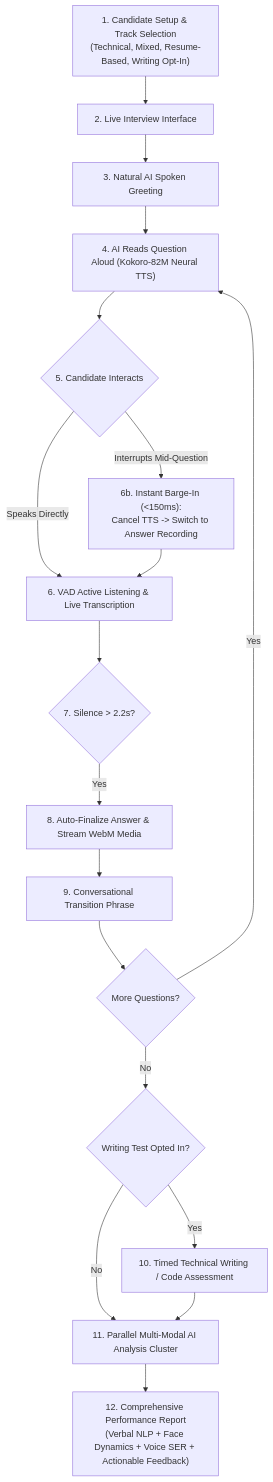
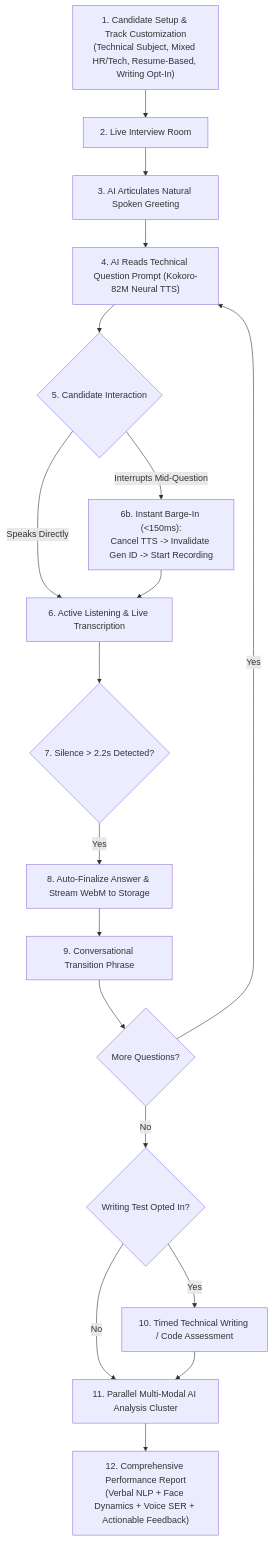
One commit to Noob-code7/InterviewApp changed the first of 2 diagrams in README.md. Above: the diagram before and after it, drawn with Mermaid. The commit also changed other lines of this file and 8 other files, not shown here.

Commit message:
docs: enrich architecture documentation with deep engineering blueprints, mathematical formulations, and sequence diagrams

````diff
--- a/README.md
+++ b/README.md
@@ -42,27 +48,27 @@
 ```mermaid
 flowchart TD
-    Setup["1. Candidate Setup & Track Selection\n(Technical, Mixed, Resume-Based, Writing Opt-In)"] --> Live["2. Live Interview Interface"]
-    Live --> Greeting["3. Natural AI Spoken Greeting"]
+    Setup["1. Candidate Setup & Track Customization\n(Technical Subject, Mixed HR/Tech, Resume-Based, Writing Opt-In)"] --> Live["2. Live Interview Room"]
+    Live --> Greeting["3. AI Articulates Natural Spoken Greeting"]
     
-    Greeting --> Question["4. AI Reads Question Aloud (Kokoro-82M Neural TTS)"]
-    Question --> CandidateSpeaking{"5. Candidate Interacts"}
+    Greeting --> Question["4. AI Reads Technical Question Prompt (Kokoro-82M Neural TTS)"]
+    Question --> CandidateSpeaking{"5. Candidate Interaction"}
     
-    CandidateSpeaking -- "Speaks Directly" --> Listening["6. VAD Active Listening & Live Transcription"]
-    CandidateSpeaking -- "Interrupts Mid-Question" --> BargeIn["6b. Instant Barge-In (<150ms):\nCancel TTS -> Switch to Answer Recording"]
+    CandidateSpeaking -- "Speaks Directly" --> Listening["6. Active Listening & Live Transcription"]
+    CandidateSpeaking -- "Interrupts Mid-Question" --> BargeIn["6b. Instant Barge-In (<150ms):\nCancel TTS -> Invalidate Gen ID -> Start Recording"]
     
     BargeIn --> Listening
-    Listening --> Silence{"7. Silence > 2.2s?"}
+    Listening --> Silence{"7. Silence > 2.2s Detected?"}
     
-    Silence -- Yes --> CompleteAnswer["8. Auto-Finalize Answer & Stream WebM Media"]
+    Silence -- Yes --> CompleteAnswer["8. Auto-Finalize Answer & Stream WebM to Storage"]
     CompleteAnswer --> Transition["9. Conversational Transition Phrase"]
     
     Transition --> CheckMore{"More Questions?"}
     CheckMore -- Yes --> Question
     CheckMore -- No --> Writing{"Writing Test Opted In?"}
     
     Writing -- Yes --> WritingTest["10. Timed Technical Writing / Code Assessment"]
     Writing -- No --> Processing["11. Parallel Multi-Modal AI Analysis Cluster"]
     WritingTest --> Processing
 
     Processing --> Report["12. Comprehensive Performance Report\n(Verbal NLP + Face Dynamics + Voice SER + Actionable Feedback)"]
 ```
````
